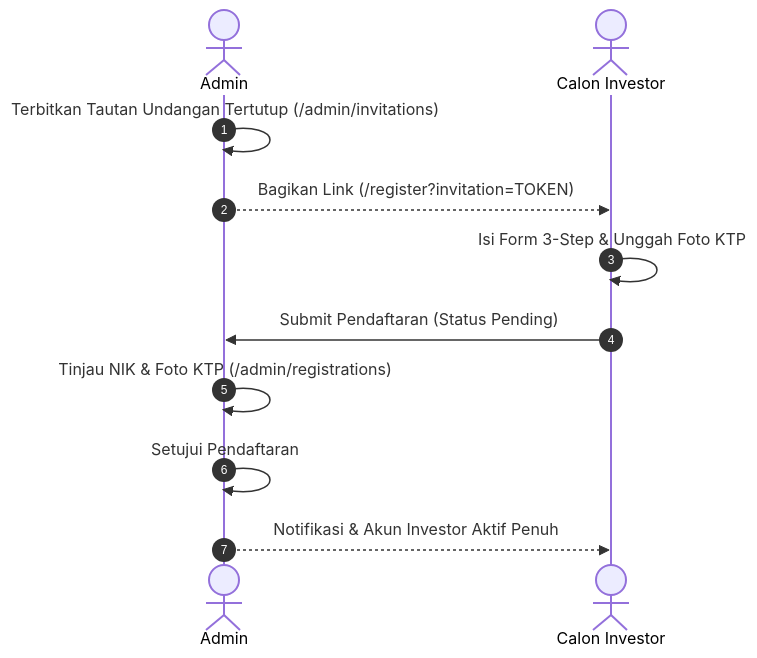
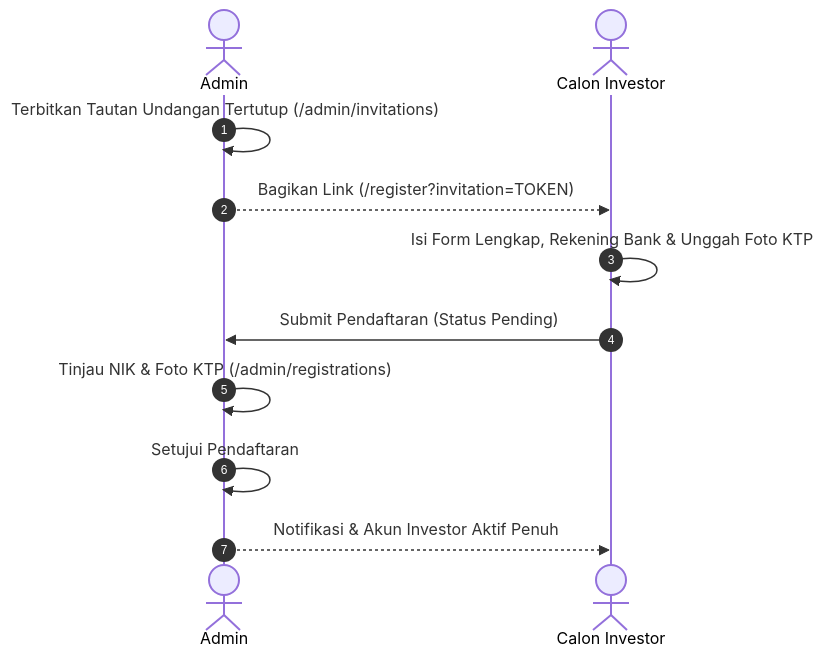
The first of 4 diagrams in docs/uat/lembar-pengujian-uat-lengkap.md (fransgabrielhutauruk/yzd-center), drawn with Mermaid before and after one commit. The commit also changed other lines of this file and 1 other file, not shown here.

````diff
--- a/docs/uat/lembar-pengujian-uat-lengkap.md
+++ b/docs/uat/lembar-pengujian-uat-lengkap.md
@@ -204,13 +233,13 @@
 ```mermaid
 sequenceDiagram
     autonumber
     actor Admin
     actor Calon as Calon Investor
     Admin->>Admin: Terbitkan Tautan Undangan Tertutup (/admin/invitations)
     Admin-->>Calon: Bagikan Link (/register?invitation=TOKEN)
-    Calon->>Calon: Isi Form 3-Step & Unggah Foto KTP
+    Calon->>Calon: Isi Form Lengkap, Rekening Bank & Unggah Foto KTP
     Calon->>Admin: Submit Pendaftaran (Status Pending)
     Admin->>Admin: Tinjau NIK & Foto KTP (/admin/registrations)
     Admin->>Admin: Setujui Pendaftaran
     Admin-->>Calon: Notifikasi & Akun Investor Aktif Penuh
 ```
````
